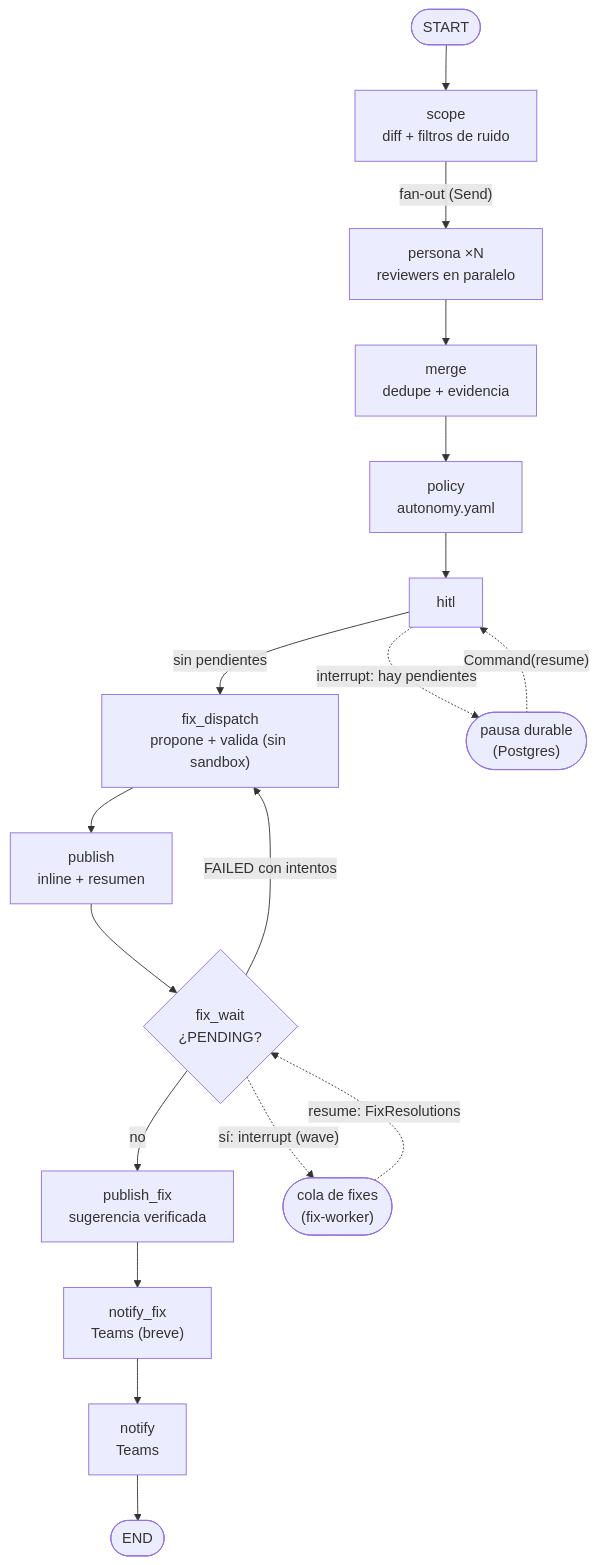
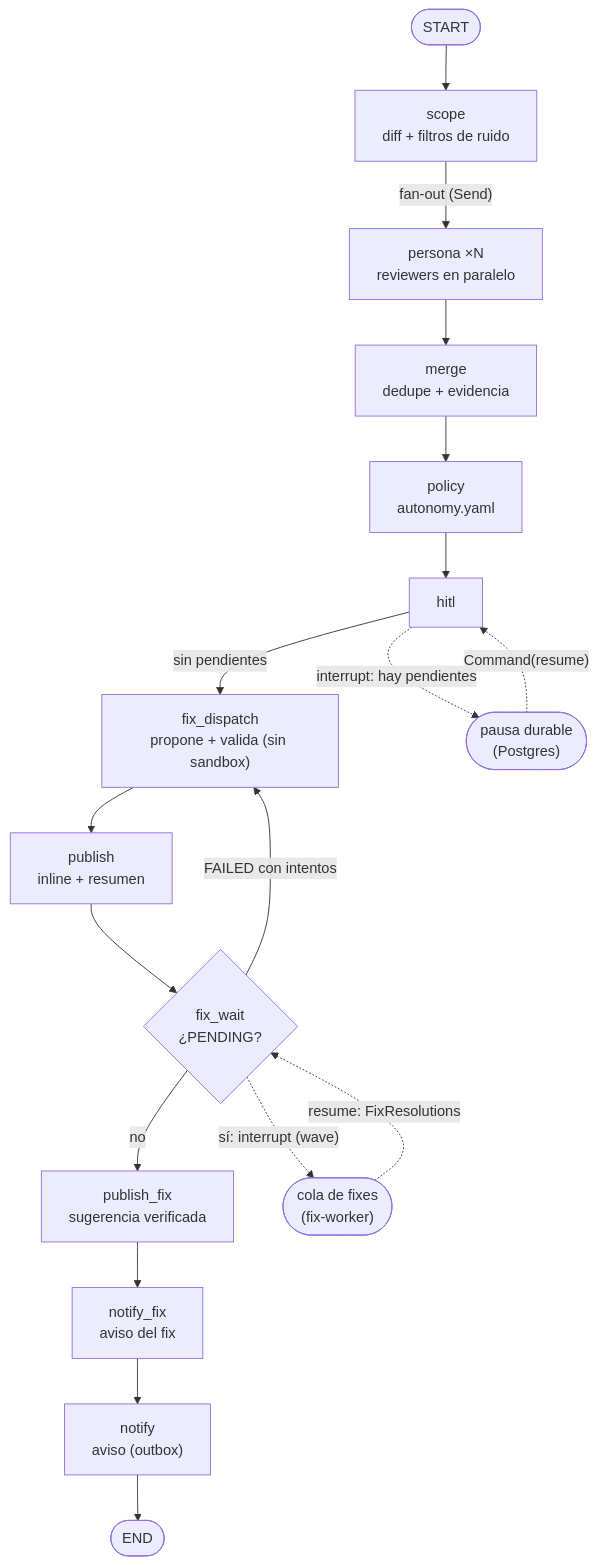
Before and after one commit to pcgarat/agent-review-langgraph: the second of 2 diagrams in README.md, drawn with Mermaid. The commit also changed other lines of this file and 31 other files, not shown here.

First line of the commit message:
feat(teams): contrato ChatNotice y outbox de avisos del canal

````diff
--- a/README.md
+++ b/README.md
@@ -88,20 +89,20 @@
 ```mermaid
 flowchart TD
     START([START]) --> scope
     scope["scope<br/>diff + filtros de ruido"] -->|"fan-out (Send)"| persona
     persona["persona ×N<br/>reviewers en paralelo"] --> merge
     merge["merge<br/>dedupe + evidencia"] --> policy
     policy["policy<br/>autonomy.yaml"] --> hitl
     hitl -->|"sin pendientes"| fix_dispatch
     fix_dispatch["fix_dispatch<br/>propone + valida (sin sandbox)"] --> publish
     hitl -.->|"interrupt: hay pendientes"| PAUSE(["pausa durable<br/>(Postgres)"])
     PAUSE -.->|"Command(resume)"| hitl
     publish["publish<br/>inline + resumen"] --> fix_wait
     fix_wait{"fix_wait<br/>¿PENDING?"} -->|"no"| publish_fix
     fix_wait -.->|"sí: interrupt (wave)"| FIXPAUSE(["cola de fixes<br/>(fix-worker)"])
     FIXPAUSE -.->|"resume: FixResolutions"| fix_wait
     fix_wait -->|"FAILED con intentos"| fix_dispatch
     publish_fix["publish_fix<br/>sugerencia verificada"] --> notify_fix
-    notify_fix["notify_fix<br/>Teams (breve)"] --> notify
-    notify["notify<br/>Teams"] --> END([END])
+    notify_fix["notify_fix<br/>aviso del fix"] --> notify
+    notify["notify<br/>aviso (outbox)"] --> END([END])
 ```
````
